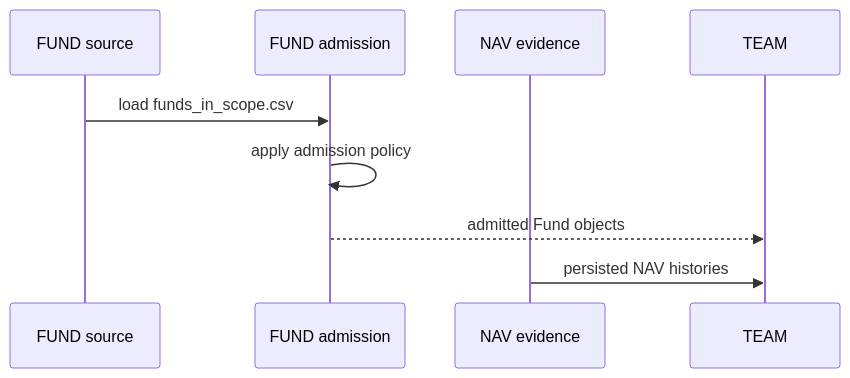
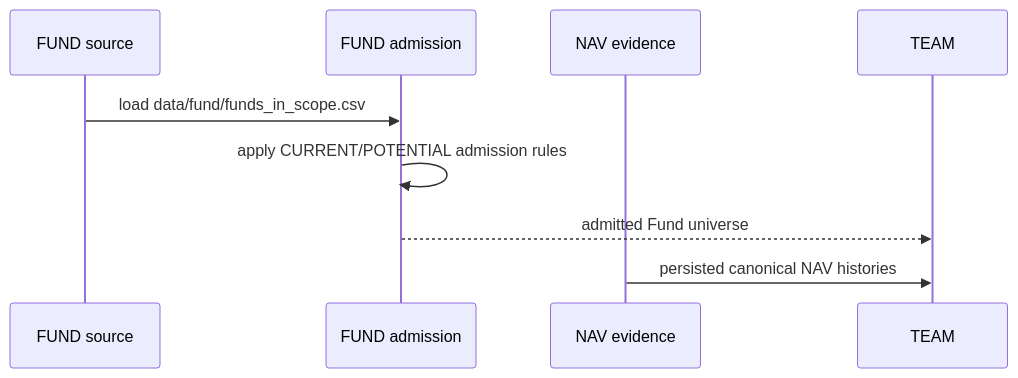
The second of 6 diagrams in docs/Lakshya_Pipeline_Sequence.md (rrajeshkannan/lakshya), drawn with Mermaid before and after one commit. The commit also changed other lines of this file, not shown here.

````diff
--- a/docs/Lakshya_Pipeline_Sequence.md
+++ b/docs/Lakshya_Pipeline_Sequence.md
@@ -71,12 +76,12 @@
 ```mermaid
 sequenceDiagram
     participant Source as FUND source
     participant Admission as FUND admission
     participant NAV as NAV evidence
     participant TEAM as TEAM
 
-    Source->>Admission: load funds_in_scope.csv
-    Admission->>Admission: apply admission policy
-    Admission-->>TEAM: admitted Fund objects
-    NAV->>TEAM: persisted NAV histories
+    Source->>Admission: load data/fund/funds_in_scope.csv
+    Admission->>Admission: apply CURRENT/POTENTIAL admission rules
+    Admission-->>TEAM: admitted Fund universe
+    NAV->>TEAM: persisted canonical NAV histories
 ```
````
